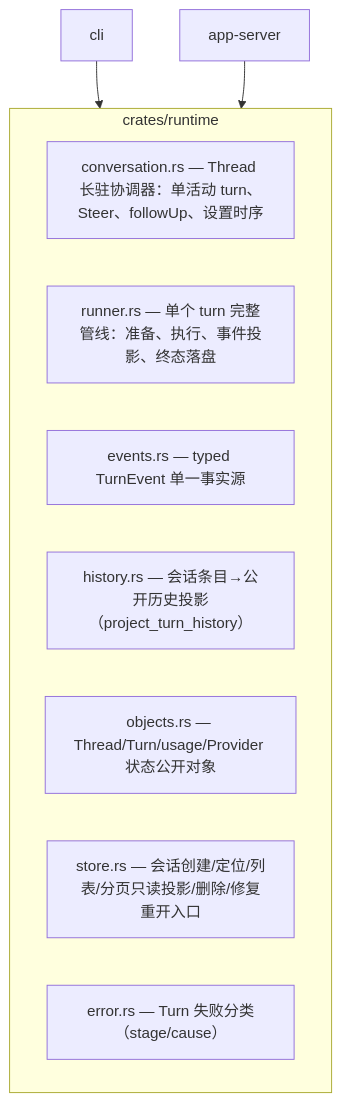
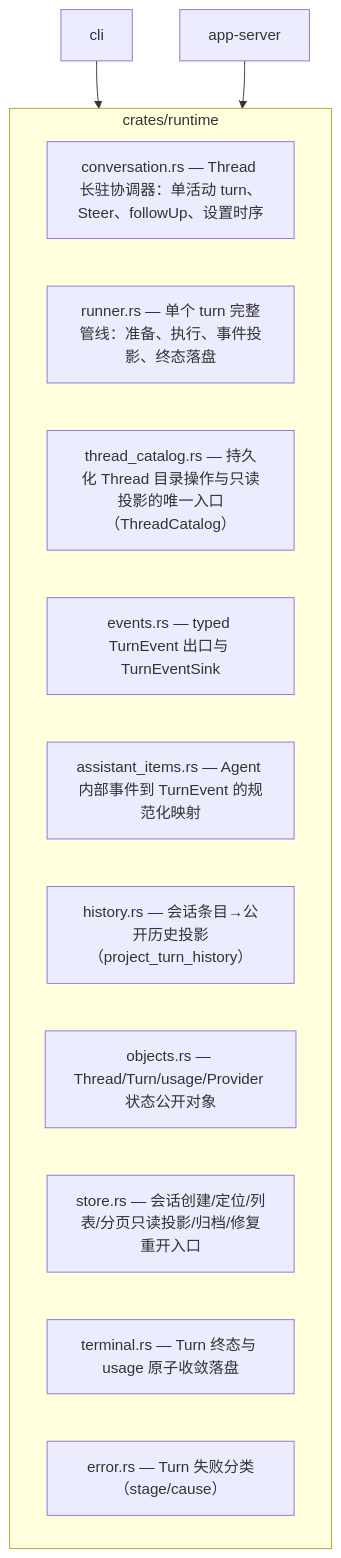
The seventh of 10 diagrams in docs/repository-map.md (qjcnmd/singularity-agent), drawn with Mermaid before and after one commit. The commit also changed other lines of this file and 1 other file, not shown here.

Commit message:
docs: 更新仓库地图与可靠性裁决记录（对齐 ThreadCatalog、protocol 与双协议分派）

````diff
--- a/docs/repository-map.md
+++ b/docs/repository-map.md
@@ -169,14 +175,17 @@
 ```mermaid
 flowchart TD
     subgraph runtime["crates/runtime"]
         conversation["conversation.rs — Thread 长驻协调器：单活动 turn、Steer、followUp、设置时序"]
         runner["runner.rs — 单个 turn 完整管线：准备、执行、事件投影、终态落盘"]
-        events["events.rs — typed TurnEvent 单一事实源"]
+        thread_catalog["thread_catalog.rs — 持久化 Thread 目录操作与只读投影的唯一入口（ThreadCatalog）"]
+        events["events.rs — typed TurnEvent 出口与 TurnEventSink"]
+        assistant_items["assistant_items.rs — Agent 内部事件到 TurnEvent 的规范化映射"]
         history["history.rs — 会话条目→公开历史投影（project_turn_history）"]
         objects["objects.rs — Thread/Turn/usage/Provider 状态公开对象"]
-        store["store.rs — 会话创建/定位/列表/分页只读投影/删除/修复重开入口"]
+        store["store.rs — 会话创建/定位/列表/分页只读投影/归档/修复重开入口"]
+        terminal["terminal.rs — Turn 终态与 usage 原子收敛落盘"]
         error["error.rs — Turn 失败分类（stage/cause）"]
     end
     cli["cli"] --> runtime
     appserver["app-server"] --> runtime
 ```
````
